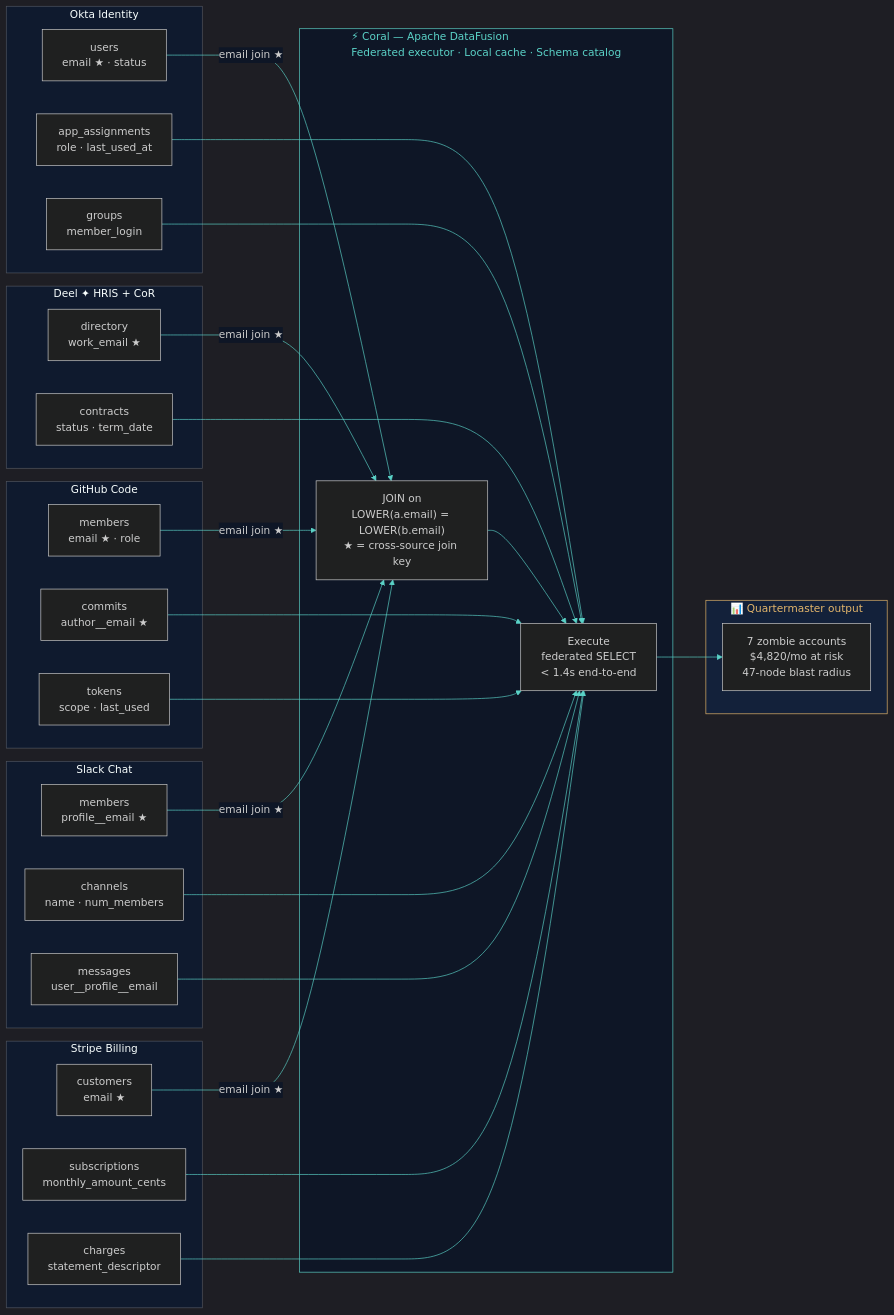
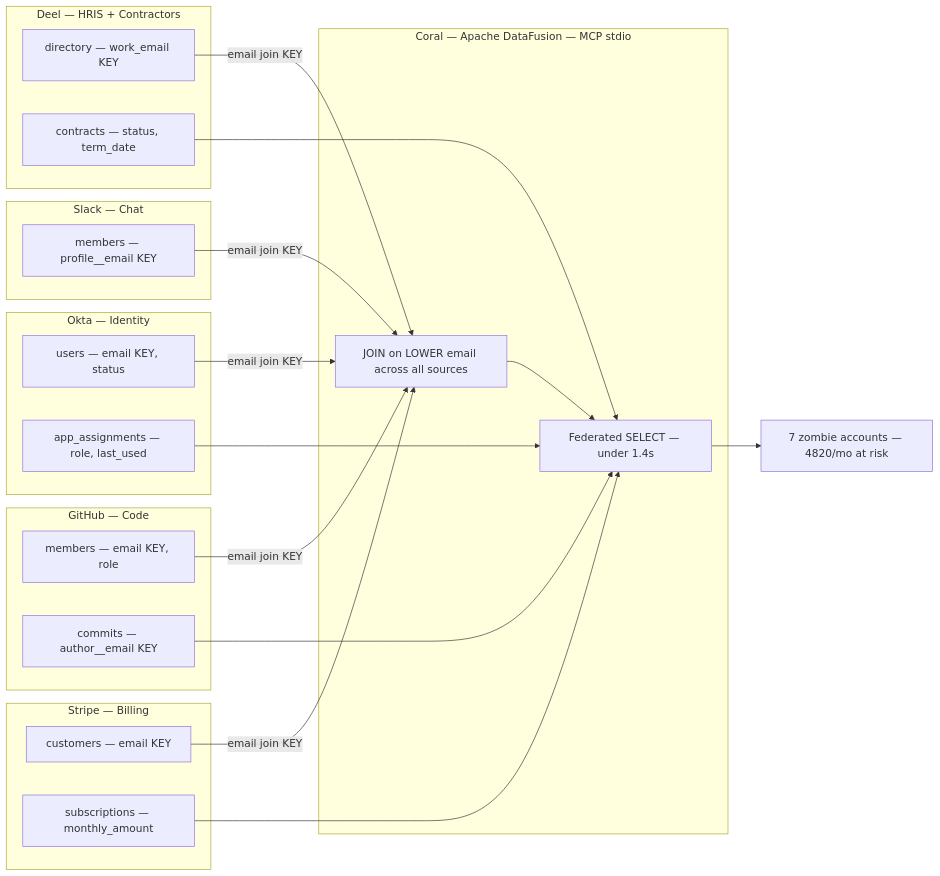
The seventh of 7 diagrams in README.md (Sushant6095/Quatermaster-coral), drawn with Mermaid before and after one commit. The commit also changed other lines of this file, not shown here.

Commit message:
docs: fix all Mermaid diagram syntax — replace \n with labels, remove %%init%% theme vars, quote special chars

````diff
--- a/README.md
+++ b/README.md
@@ -473,48 +433,38 @@
 ```mermaid
-%%{init: {'theme': 'dark', 'themeVariables': {'primaryColor': '#13213A', 'primaryTextColor': '#E8EEF7', 'primaryBorderColor': '#5BD2C7', 'lineColor': '#5BD2C7', 'secondaryColor': '#0F1A2E', 'tertiaryColor': '#070E1A', 'clusterBkg': '#0F1A2E', 'nodeTextColor': '#E8EEF7', 'edgeLabelBackground': '#0E1626'}}}%%
 flowchart LR
-    subgraph S1["Deel ✦  HRIS + CoR"]
-        D1[directory\nwork_email ★]
-        D2[contracts\nstatus · term_date]
+    subgraph DEEL["Deel — HRIS + Contractors"]
+        D1["directory — work_email KEY"]
+        D2["contracts — status, term_date"]
     end
 
-    subgraph S2["Okta  Identity"]
-        O1[users\nemail ★ · status]
-        O2[app_assignments\nrole · last_used_at]
-        O3[groups\nmember_login]
+    subgraph OKTA["Okta — Identity"]
+        O1["users — email KEY, status"]
+        O2["app_assignments — role, last_used"]
     end
 
-    subgraph S3["GitHub  Code"]
-        G1[members\nemail ★ · role]
-        G2[commits\nauthor__email ★]
-        G3[tokens\nscope · last_used]
+    subgraph GITHUB["GitHub — Code"]
+        G1["members — email KEY, role"]
+        G2["commits — author__email KEY"]
     end
 
-    subgraph S4["Slack  Chat"]
-        SL1[members\nprofile__email ★]
-        SL2[channels\nname · num_members]
-        SL3[messages\nuser__profile__email]
+    subgraph SLACK["Slack — Chat"]
+        SL1["members — profile__email KEY"]
     end
 
-    subgraph S5["Stripe  Billing"]
-        ST1[customers\nemail ★]
-        ST2[subscriptions\nmonthly_amount_cents]
-        ST3[charges\nstatement_descriptor]
+    subgraph STRIPE["Stripe — Billing"]
+        ST1["customers — email KEY"]
+        ST2["subscriptions — monthly_amount"]
     end
 
-    subgraph CORAL["⚡  Coral — Apache DataFusion\nFederated executor · Local cache · Schema catalog"]
-        JOIN["JOIN on\nLOWER(a.email) = LOWER(b.email)\n★ = cross-source join key"]
-        EXEC["Execute\nfederated SELECT\n&lt; 1.4s end-to-end"]
+    subgraph CORAL["Coral — Apache DataFusion — MCP stdio"]
+        JOIN["JOIN on LOWER email across all sources"]
+        EXEC["Federated SELECT — under 1.4s"]
+        JOIN --> EXEC
     end
 
-    subgraph OUT["📊  Quartermaster output"]
-        F["7 zombie accounts\n$4,820/mo at risk\n47-node blast radius"]
-    end
+    OUT["7 zombie accounts — 4820/mo at risk"]
 
-    D1 & O1 & G1 & SL1 & ST1 -->|email join ★| JOIN
-    D2 & O2 & O3 & G2 & G3 & SL2 & SL3 & ST2 & ST3 --> EXEC
-    JOIN --> EXEC --> F
-
-    style CORAL fill:#0E1626,stroke:#5BD2C7,color:#5BD2C7
-    style OUT fill:#13213A,stroke:#E4B66B,color:#E4B66B
+    D1 & O1 & G1 & SL1 & ST1 -->|"email join KEY"| JOIN
+    D2 & O2 & G2 & ST2 --> EXEC
+    EXEC --> OUT
 ```
````
